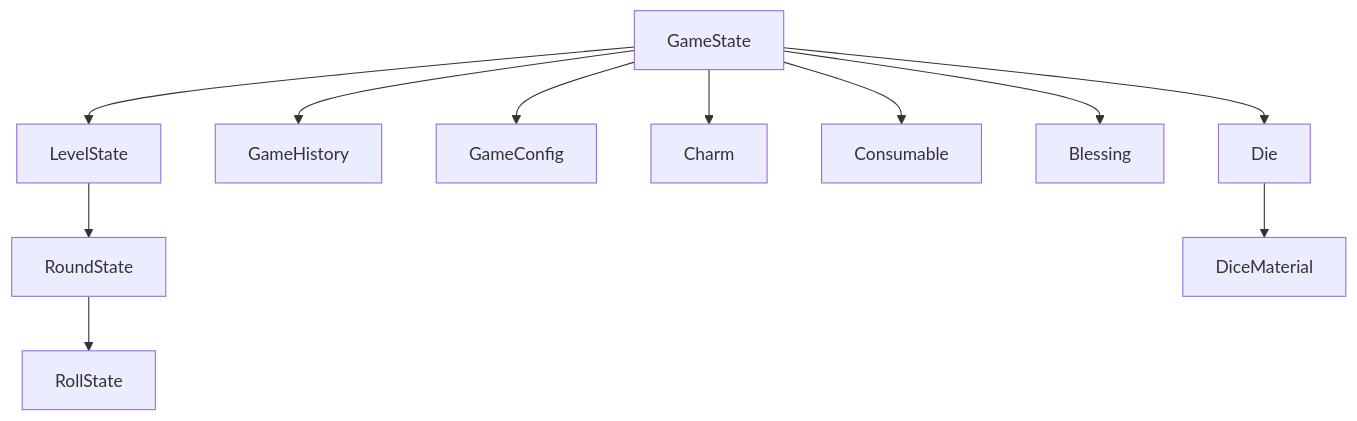
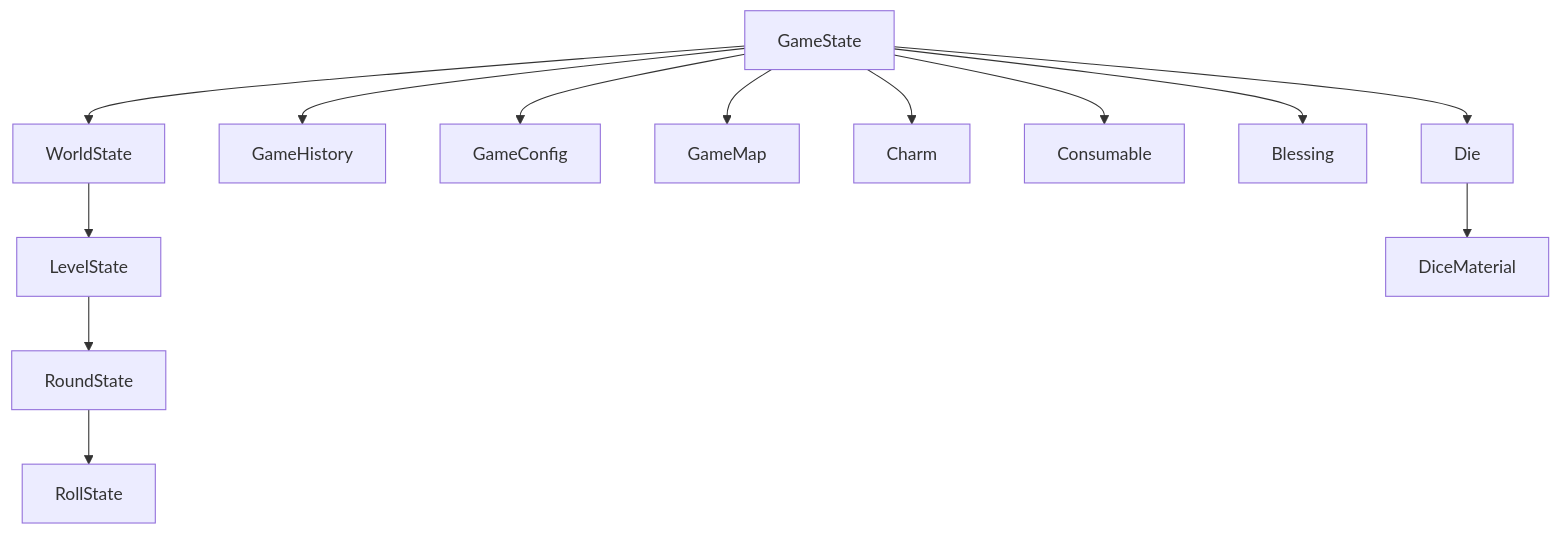
The diagram in docs/architecture/types.md (bbeaudet-dev/rollio), drawn with Mermaid before and after one commit. The commit also changed other lines of this file and 8 other files, not shown here.

First line of the commit message:
Refactor useConsumableOnDiceSelection and fix reroll button UI

````diff
--- a/docs/architecture/types.md
+++ b/docs/architecture/types.md
@@ -7,13 +7,15 @@
 ```mermaid
 graph TD
-    A[GameState] --> B[LevelState]
+    A[GameState] --> B[WorldState]
     A --> C[GameHistory]
     A --> D[GameConfig]
-    B --> E[RoundState]
-    E --> F[RollState]
-    A --> G[Charm]
-    A --> H[Consumable]
-    A --> I[Blessing]
-    A --> J[Die]
-    J --> K[DiceMaterial]
+    A --> E[GameMap]
+    B --> F[LevelState]
+    F --> G[RoundState]
+    G --> H[RollState]
+    A --> I[Charm]
+    A --> J[Consumable]
+    A --> K[Blessing]
+    A --> L[Die]
+    L --> M[DiceMaterial]
 ```
````
